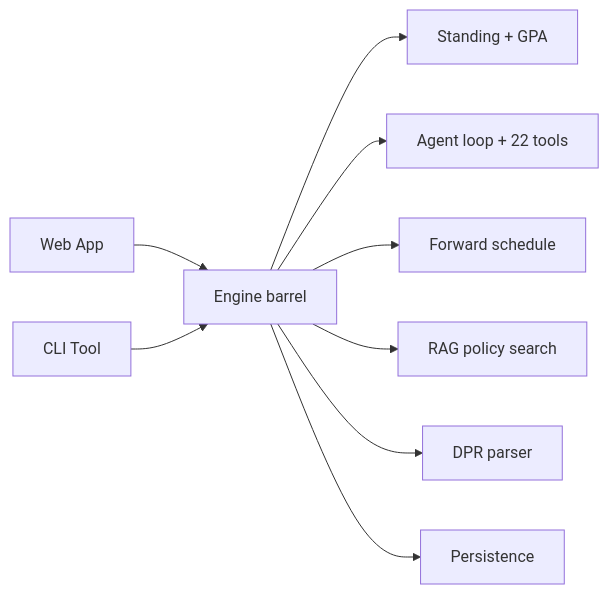
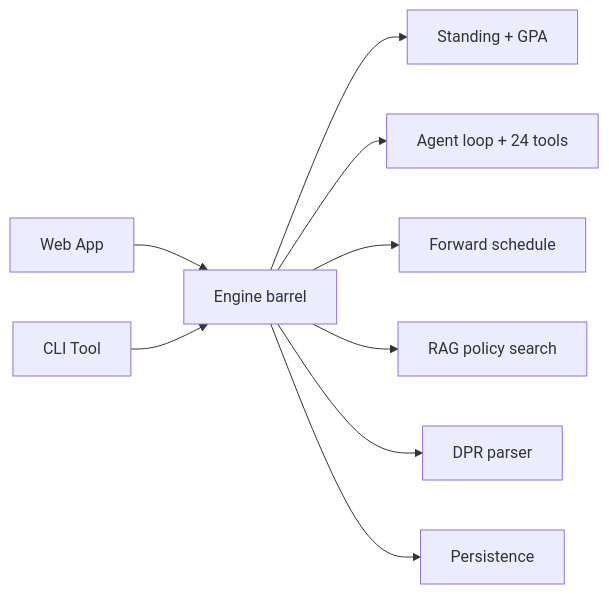
Before and after one commit to EdoardoMongardi/NYU_Path: the diagram in Docs/current-system/engine/engine-package-index.md, drawn with Mermaid. The commit also changed other lines of this file and 9 other files, not shown here.

````diff
--- a/Docs/current-system/engine/engine-package-index.md
+++ b/Docs/current-system/engine/engine-package-index.md
@@ -9,11 +9,11 @@
 ```mermaid
 flowchart LR
     Web[Web App] --> Barrel[Engine barrel]
     CLI[CLI Tool] --> Barrel
     Barrel --> Standing[Standing + GPA]
-    Barrel --> Agent[Agent loop + 22 tools]
+    Barrel --> Agent[Agent loop + 24 tools]
     Barrel --> Planner[Forward schedule]
     Barrel --> RAG[RAG policy search]
     Barrel --> DPR[DPR parser]
     Barrel --> Store[Persistence]
 ```
````
